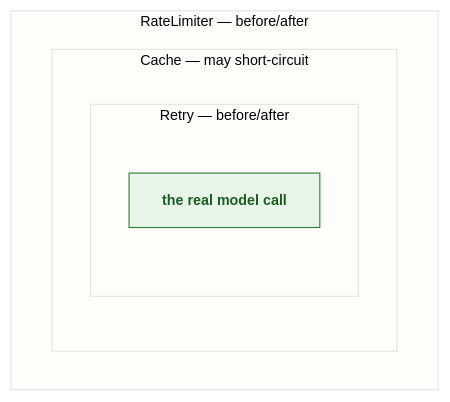
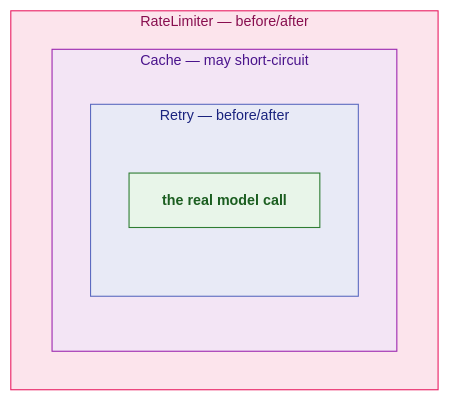
Before and after one commit to Ravikumarchavva/agent-substrate: the fifth of 5 diagrams in agents/agent-substrate/docs/kernel/06-agent.md, drawn with Mermaid. The commit also changed 13 other files, not shown here.

Commit message:
style: enhance diagram aesthetics with color coding and improve Mermaid integration

````diff
--- a/agents/agent-substrate/docs/kernel/06-agent.md
+++ b/agents/agent-substrate/docs/kernel/06-agent.md
@@ -445,14 +445,18 @@
 ```mermaid
 %%{init: {'theme': 'base', 'themeVariables': {'primaryColor': '#E8EAF6','primaryTextColor': '#1A237E','primaryBorderColor': '#3949AB','lineColor': '#546E7A','fontSize': '13px'}}}%%
 flowchart TB
     classDef mw fill:#E8EAF6,stroke:#3949AB,color:#1A237E,font-weight:bold
     classDef core fill:#E8F5E9,stroke:#2E7D32,color:#1B5E20,font-weight:bold
 
     subgraph L1["RateLimiter — before/after"]
         subgraph L2["Cache — may short-circuit"]
             subgraph L3["Retry — before/after"]
                 CORE["the real model call"]:::core
             end
         end
     end
+
+    style L1 fill:#fce4ec,stroke:#e91e63,color:#880e4f
+    style L2 fill:#f3e5f5,stroke:#9c27b0,color:#4a148c
+    style L3 fill:#e8eaf6,stroke:#5c6bc0,color:#1a237e
 ```
````
